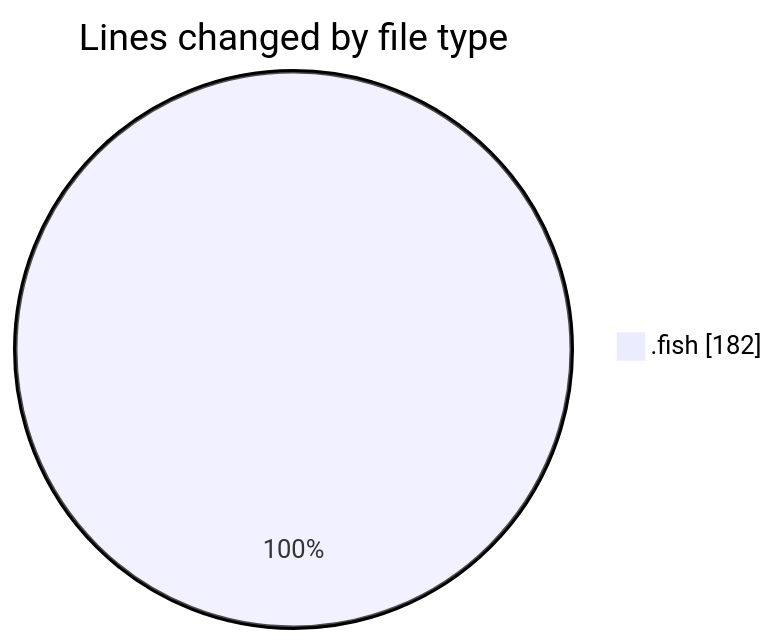
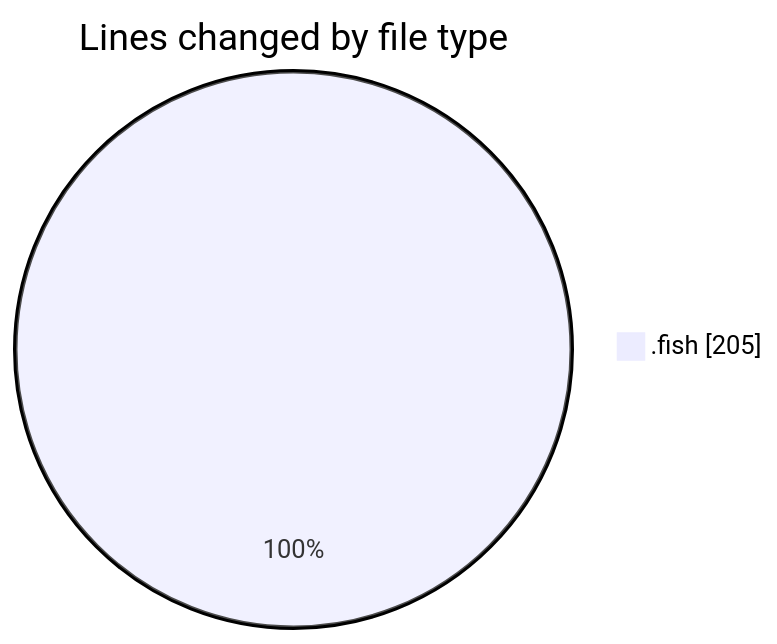
The first of 2 diagrams in 2025-07-10/_config/README.md (EIIisD/code-tracking), drawn with Mermaid before and after one commit. The commit also changed other lines of this file and 1 other file, not shown here.

````diff
--- a/2025-07-10/_config/README.md
+++ b/2025-07-10/_config/README.md
@@ -20,5 +20,5 @@
 ```mermaid
 pie showData
 title Lines changed by file type
-".fish" : 182
+".fish" : 205
 ```
````
